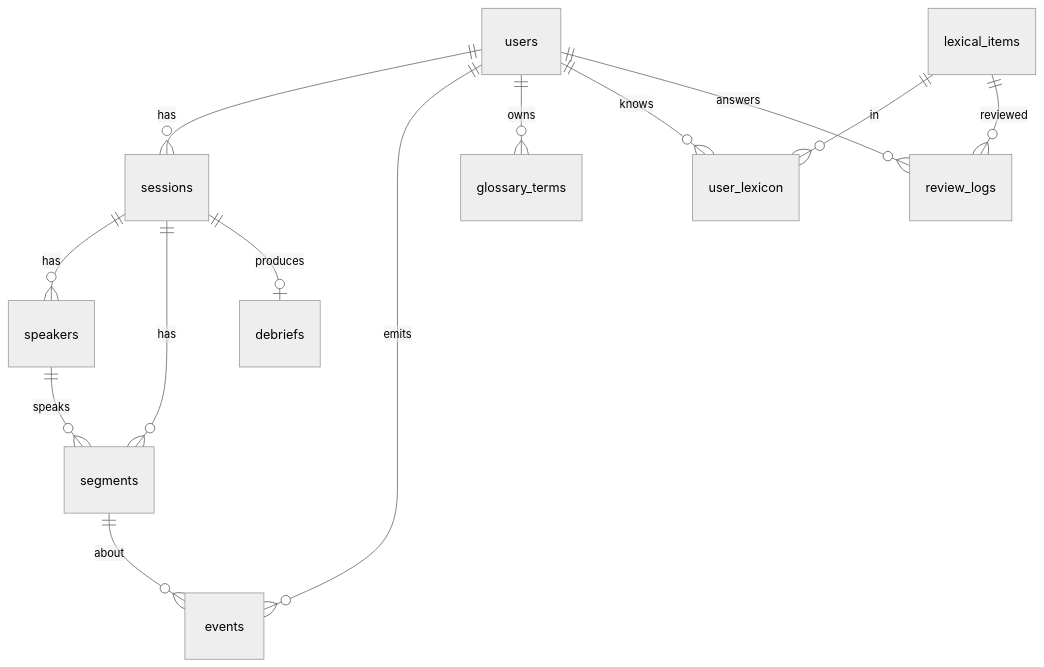
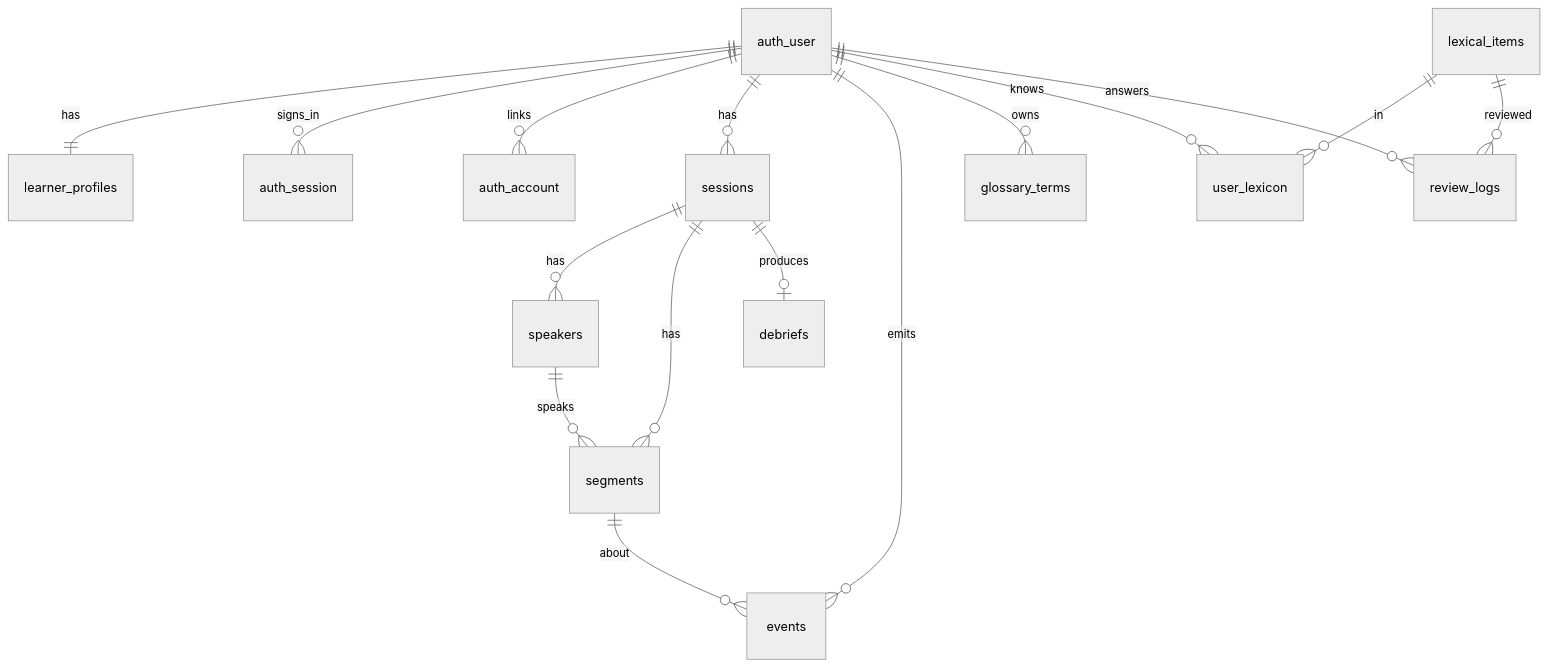
The diagram in apps/docs/docs/03-architecture/07-data-model.md (nguyendinhphongdx/CueLingo), drawn with Mermaid (neutral theme) before and after one commit. The commit also changed other lines of this file and 20 other files, not shown here.

````diff
--- a/apps/docs/docs/03-architecture/07-data-model.md
+++ b/apps/docs/docs/03-architecture/07-data-model.md
@@ -5,15 +5,18 @@
 ```mermaid
 erDiagram
-  users ||--o{ sessions : has
-  users ||--o{ events : emits
-  users ||--o{ glossary_terms : owns
-  users ||--o{ user_lexicon : knows
-  users ||--o{ review_logs : answers
+  auth_user ||--|| learner_profiles : has
+  auth_user ||--o{ auth_session : signs_in
+  auth_user ||--o{ auth_account : links
+  auth_user ||--o{ sessions : has
+  auth_user ||--o{ events : emits
+  auth_user ||--o{ glossary_terms : owns
+  auth_user ||--o{ user_lexicon : knows
+  auth_user ||--o{ review_logs : answers
   sessions ||--o{ speakers : has
   sessions ||--o{ segments : has
   sessions ||--o| debriefs : produces
   speakers ||--o{ segments : speaks
   lexical_items ||--o{ user_lexicon : in
   lexical_items ||--o{ review_logs : reviewed
   segments ||--o{ events : about
 ```
````
